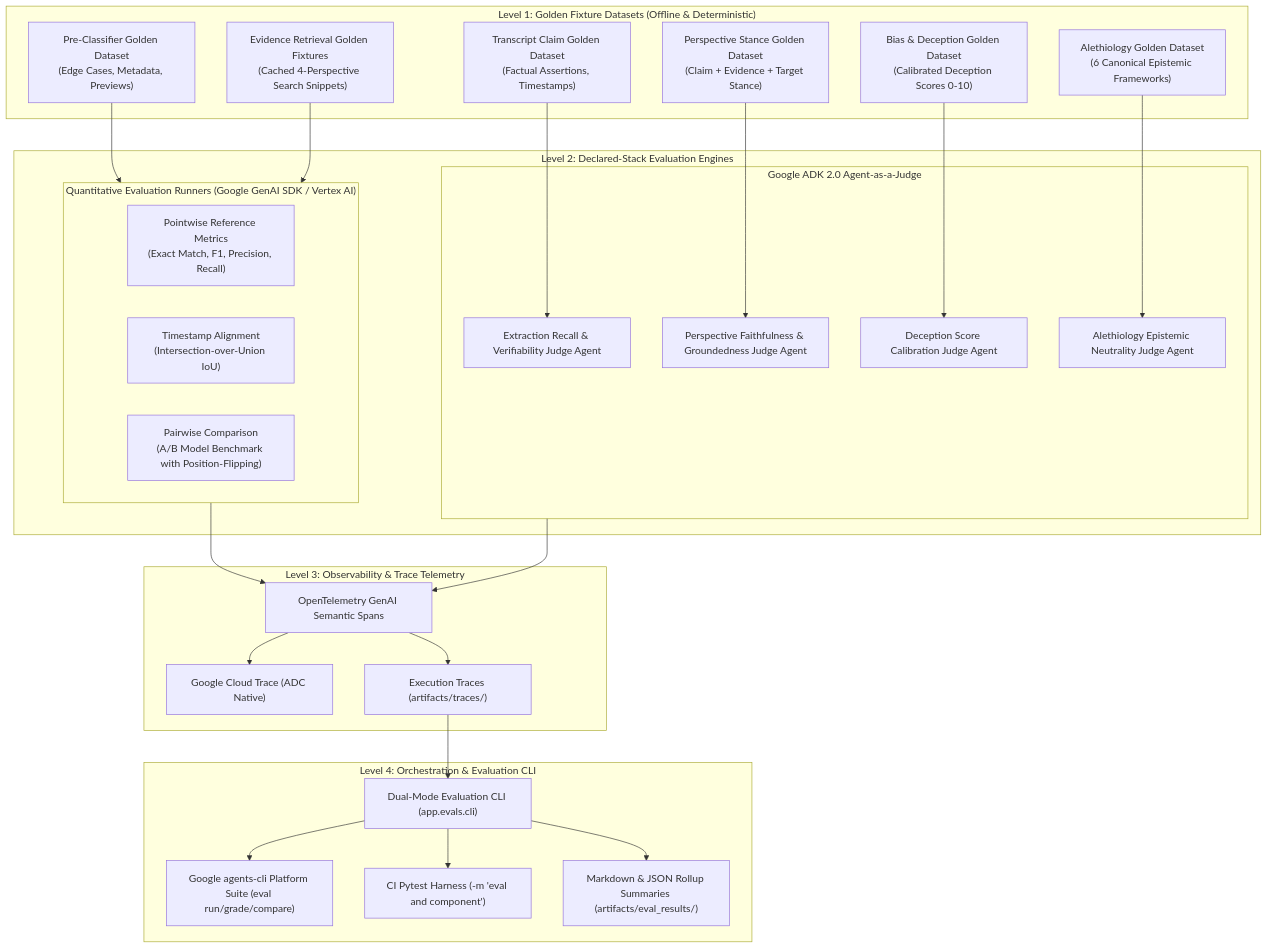
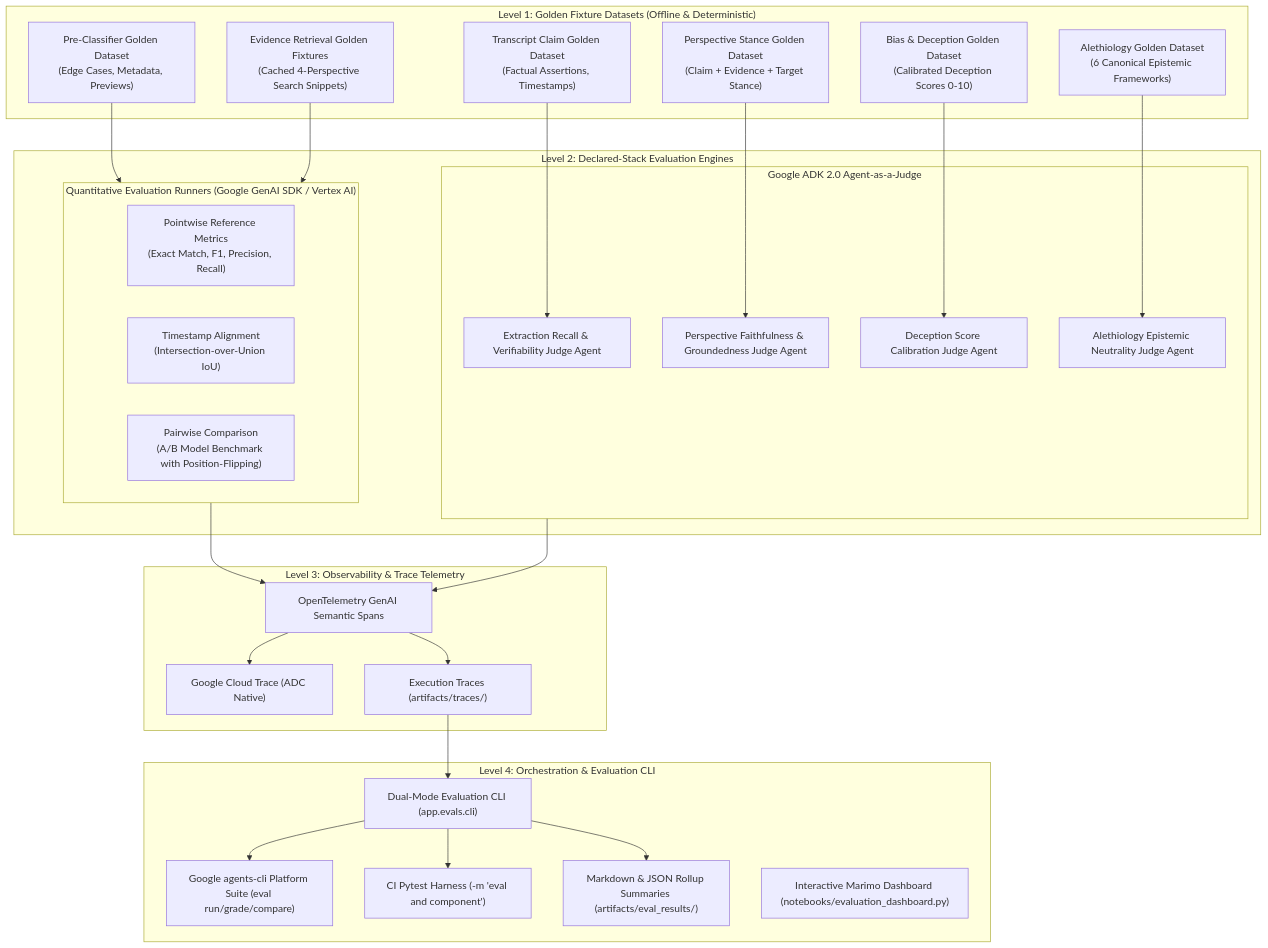
Before and after one commit to JAaron93/PerspectivePrism: the first of 3 diagrams in docs/component-evaluation-spec/design.md, drawn with Mermaid. The commit also changed 2 other files, not shown here.

Commit message:
docs: add marimo interactive evaluation dashboard to README and architecture specs

````diff
--- a/docs/component-evaluation-spec/design.md
+++ b/docs/component-evaluation-spec/design.md
@@ -25,55 +25,56 @@
 ```mermaid
 flowchart TD
     subgraph Level1 ["Level 1: Golden Fixture Datasets (Offline & Deterministic)"]
         D1["Pre-Classifier Golden Dataset\n(Edge Cases, Metadata, Previews)"]
         D2["Transcript Claim Golden Dataset\n(Factual Assertions, Timestamps)"]
         D3["Evidence Retrieval Golden Fixtures\n(Cached 4-Perspective Search Snippets)"]
         D4["Perspective Stance Golden Dataset\n(Claim + Evidence + Target Stance)"]
         D5["Bias & Deception Golden Dataset\n(Calibrated Deception Scores 0-10)"]
         D6["Alethiology Golden Dataset\n(6 Canonical Epistemic Frameworks)"]
     end
 
     subgraph Level2 ["Level 2: Declared-Stack Evaluation Engines"]
         subgraph EngineQuantitative ["Quantitative Evaluation Runners (Google GenAI SDK / Vertex AI)"]
             V1["Pointwise Reference Metrics\n(Exact Match, F1, Precision, Recall)"]
             V2["Timestamp Alignment\n(Intersection-over-Union IoU)"]
             V3["Pairwise Comparison\n(A/B Model Benchmark with Position-Flipping)"]
         end
         
         subgraph EngineADK ["Google ADK 2.0 Agent-as-a-Judge"]
             A1["Extraction Recall & Verifiability Judge Agent"]
             A2["Perspective Faithfulness & Groundedness Judge Agent"]
             A3["Deception Score Calibration Judge Agent"]
             A4["Alethiology Epistemic Neutrality Judge Agent"]
         end
     end
 
     subgraph Level3 ["Level 3: Observability & Trace Telemetry"]
         O1["OpenTelemetry GenAI Semantic Spans"]
         O2["Google Cloud Trace (ADC Native)"]
         O3["Execution Traces (artifacts/traces/)"]
     end
 
     subgraph Level4 ["Level 4: Orchestration & Evaluation CLI"]
         C1["Dual-Mode Evaluation CLI (app.evals.cli)"]
         C2["Google agents-cli Platform Suite (eval run/grade/compare)"]
         C3["CI Pytest Harness (-m 'eval and component')"]
         C4["Markdown & JSON Rollup Summaries (artifacts/eval_results/)"]
+        C5["Interactive Marimo Dashboard (notebooks/evaluation_dashboard.py)"]
     end
 
     D1 --> EngineQuantitative
     D2 --> A1
     D3 --> EngineQuantitative
     D4 --> A2
     D5 --> A3
     D6 --> A4
 
     EngineQuantitative --> O1
     EngineADK --> O1
     O1 --> O2
     O1 --> O3
     O3 --> C1
     C1 --> C2
     C1 --> C3
     C1 --> C4
 ```
````
